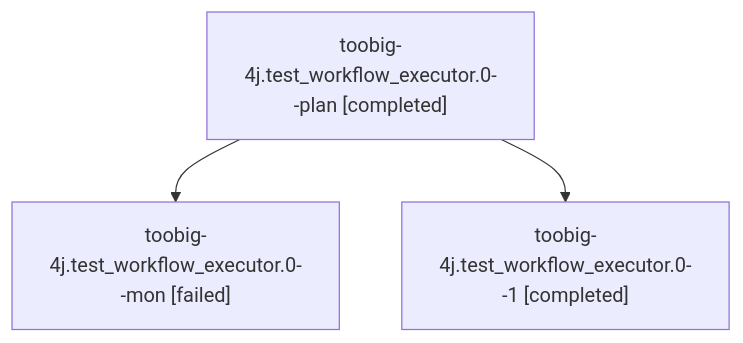
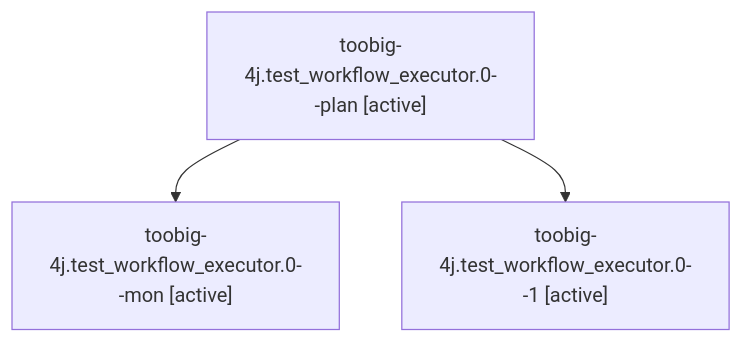
The diagram in families/bbugyi200.athena.toobig-4j.test_workflow_executor.0.md (sase-org/sase--agents), drawn with Mermaid before and after one commit. The commit also changed other lines of this file and 35830 other files, not shown here.

````diff
--- a/families/bbugyi200.athena.toobig-4j.test_workflow_executor.0.md
+++ b/families/bbugyi200.athena.toobig-4j.test_workflow_executor.0.md
@@ -9,8 +9,8 @@
 ```mermaid
 flowchart TD
-  n0["toobig-4j.test_workflow_executor.0--plan [completed]"]
-  n1["toobig-4j.test_workflow_executor.0--mon [failed]"]
+  n0["toobig-4j.test_workflow_executor.0--plan [active]"]
+  n1["toobig-4j.test_workflow_executor.0--mon [active]"]
   n0 --> n1
-  n2["toobig-4j.test_workflow_executor.0--1 [completed]"]
+  n2["toobig-4j.test_workflow_executor.0--1 [active]"]
   n0 --> n2
 ```
````
